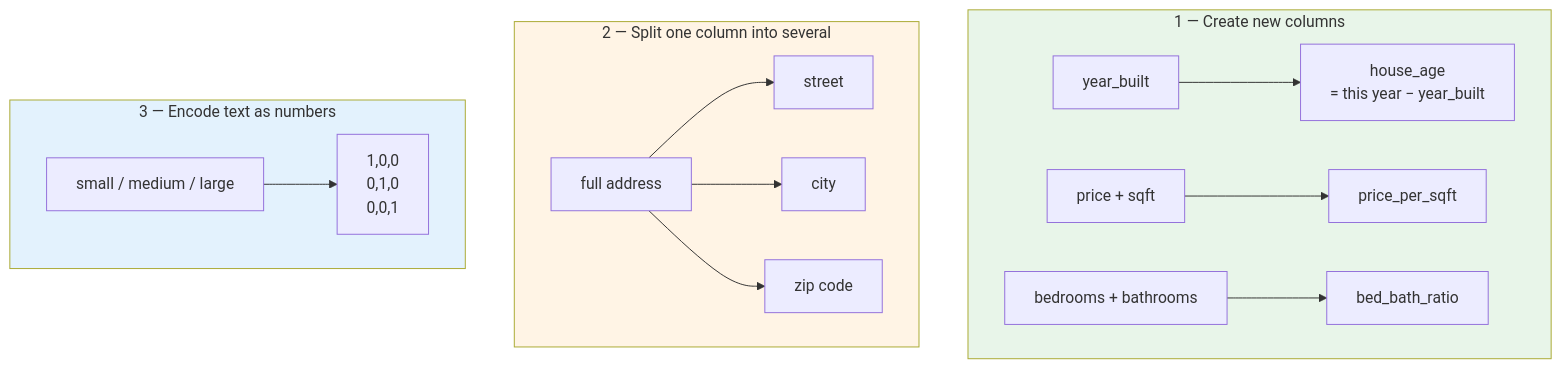
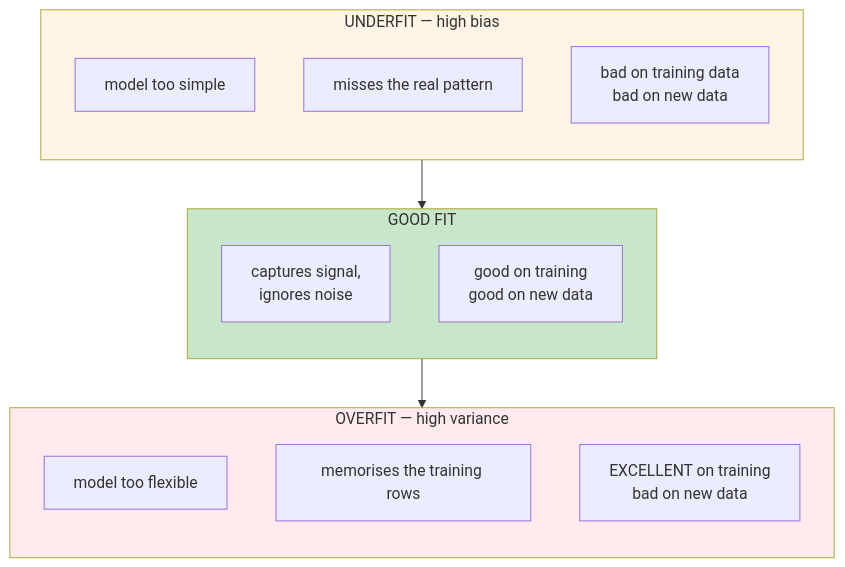
The third of 8 diagrams in site/docs/m3-data-to-model/lesson.mdx (schoolofdevops/402-mlops-site), drawn with Mermaid before and after one commit. The commit also changed other lines of this file, not shown here.

````diff
--- a/site/docs/m3-data-to-model/lesson.mdx
+++ b/site/docs/m3-data-to-model/lesson.mdx
@@ -128,25 +108,28 @@
 ```mermaid
 flowchart TB
-    subgraph ONE["1 — Create new columns"]
-        direction LR
-        O1["year_built"] --> O2["house_age<br/>= this year − year_built"]
-        O3["price + sqft"] --> O4["price_per_sqft"]
-        O5["bedrooms + bathrooms"] --> O6["bed_bath_ratio"]
+    subgraph U["UNDERFIT — high bias"]
+        direction TB
+        U1["model too simple"]
+        U2["misses the real pattern"]
+        U3["bad on training data<br/>bad on new data"]
     end
 
-    subgraph TWO["2 — Split one column into several"]
-        direction LR
-        T1["full address"] --> T2["street"]
-        T1 --> T3["city"]
-        T1 --> T4["zip code"]
+    subgraph G["GOOD FIT"]
+        direction TB
+        G1["captures signal,<br/>ignores noise"]
+        G2["good on training<br/>good on new data"]
     end
 
-    subgraph THREE["3 — Encode text as numbers"]
-        direction LR
-        E1["small / medium / large"] --> E2["1,0,0<br/>0,1,0<br/>0,0,1"]
+    subgraph O["OVERFIT — high variance"]
+        direction TB
+        O1["model too flexible"]
+        O2["memorises the training rows"]
+        O3["EXCELLENT on training<br/>bad on new data"]
     end
 
-    style ONE fill:#e8f5e9
-    style TWO fill:#fff4e5
-    style THREE fill:#e3f2fd
+    U --> G --> O
+
+    style U fill:#fff4e5
+    style G fill:#c8e6c9
+    style O fill:#ffebee
 ```
````
